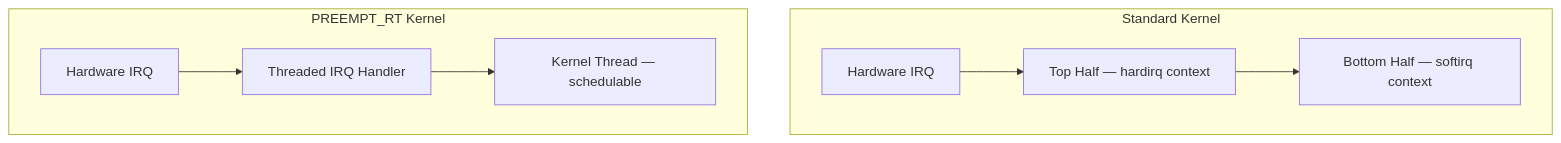
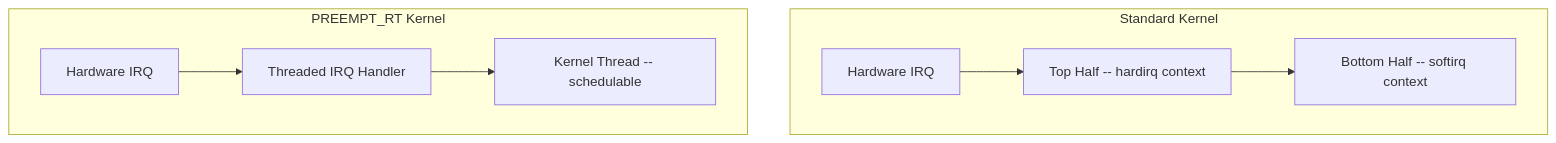
One commit to Abhinav-Kumar012/lb2 changed the seventh of 7 diagrams in src/kernel/interrupts/top-bottom-halves.md. Above: the diagram before and after it, drawn with Mermaid. The commit also changed other lines of this file and 211 other files, not shown here.

First line of the commit message:
fix: mermaid syntax issues across 212 files

````diff
--- a/src/kernel/interrupts/top-bottom-halves.md
+++ b/src/kernel/interrupts/top-bottom-halves.md
@@ -604,11 +604,11 @@
 ```mermaid
 graph TD
     subgraph "Standard Kernel"
-        HW1[Hardware IRQ] --> TOP1[Top Half — hardirq context]
-        TOP1 --> BH1[Bottom Half — softirq context]
+        HW1[Hardware IRQ] --> TOP1[Top Half -- hardirq context]
+        TOP1 --> BH1[Bottom Half -- softirq context]
     end
     subgraph "PREEMPT_RT Kernel"
         HW2[Hardware IRQ] --> THREADED[Threaded IRQ Handler]
-        THREADED --> KTHREAD[Kernel Thread — schedulable]
+        THREADED --> KTHREAD[Kernel Thread -- schedulable]
     end
 ```
````
